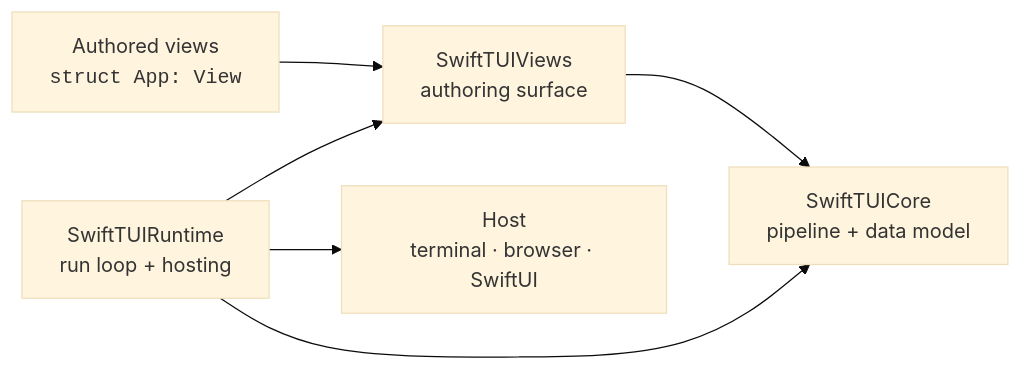
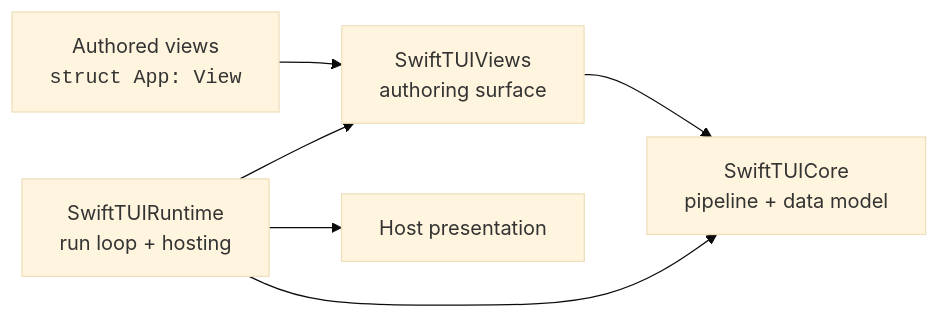
Before and after one commit to SwiftTUI/swift-tui: the first of 2 diagrams in docs/ARCHITECTURE.md, drawn with Mermaid (base theme). The commit also changed other lines of this file and 17 other files, not shown here.

````diff
--- a/docs/ARCHITECTURE.md
+++ b/docs/ARCHITECTURE.md
@@ -12,14 +12,14 @@
 ```mermaid
 flowchart LR
     author["Authored views<br/><code>struct App: View</code>"]
     views["SwiftTUIViews<br/>authoring surface"]
     core["SwiftTUICore<br/>pipeline + data model"]
     runtime["SwiftTUIRuntime<br/>run loop + hosting"]
-    host["Host<br/>terminal · browser · SwiftUI"]
+    host["Host presentation"]
 
     author --> views
     views --> core
     runtime --> core
     runtime --> views
     runtime --> host
 ```
````
